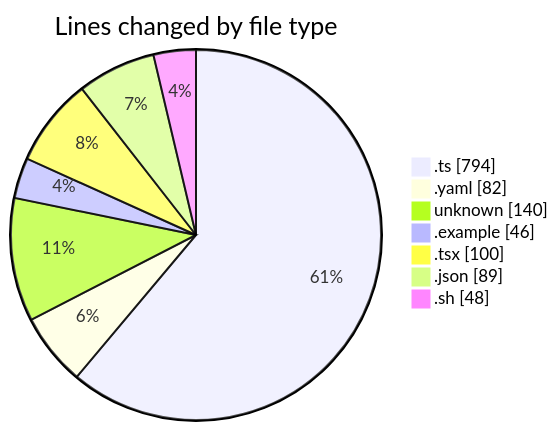
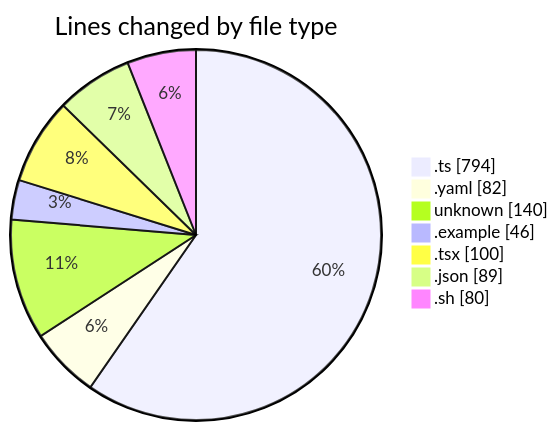
Before and after one commit to mevix1/code-tracking: the first of 2 diagrams in 2025-10-01/open-health/README.md, drawn with Mermaid. The commit also changed other lines of this file and 1 other file, not shown here.

````diff
--- a/2025-10-01/open-health/README.md
+++ b/2025-10-01/open-health/README.md
@@ -32,11 +33,11 @@
 ```mermaid
 pie showData
 title Lines changed by file type
 ".ts" : 794
 ".yaml" : 82
 "unknown" : 140
 ".example" : 46
 ".tsx" : 100
 ".json" : 89
-".sh" : 48
+".sh" : 80
 ```
````
